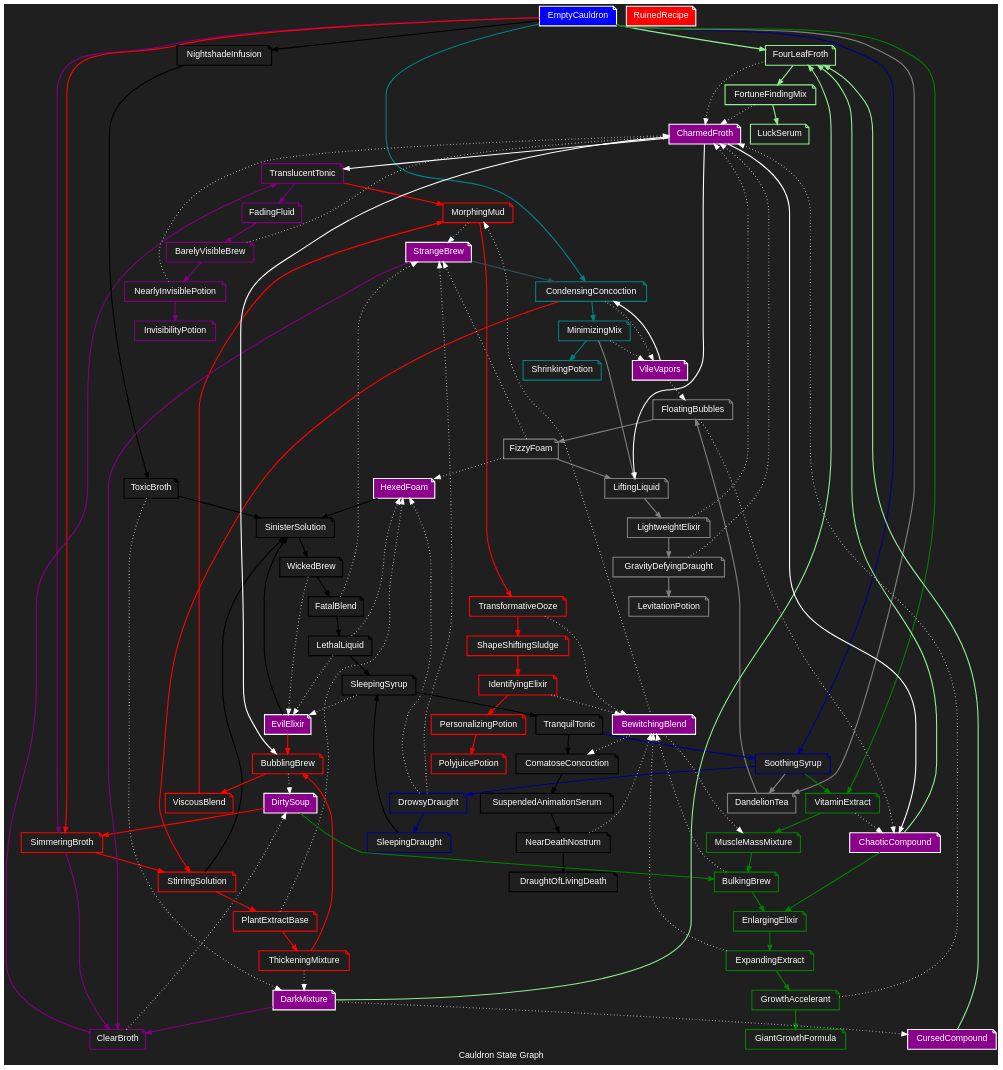
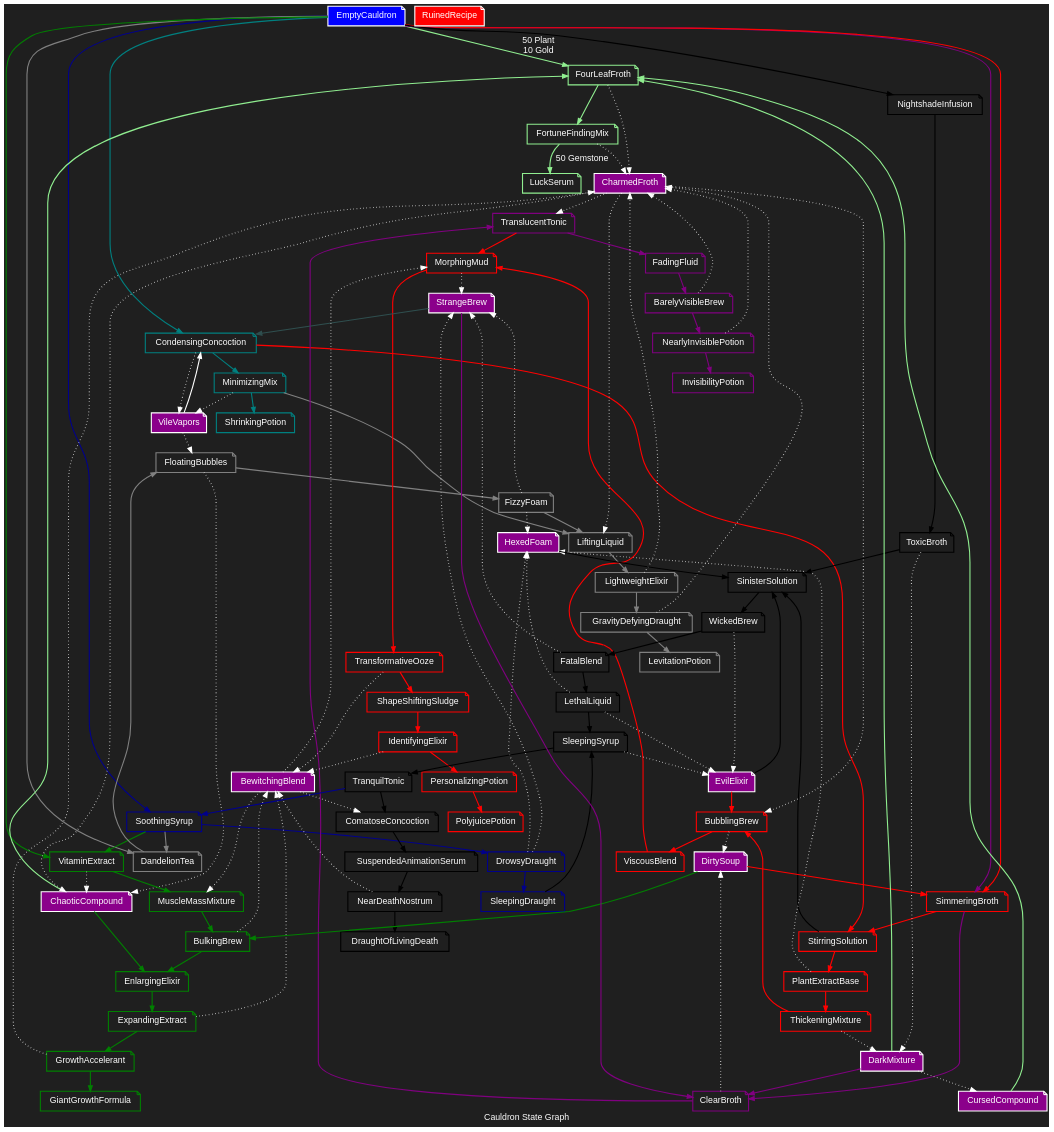
One commit to DrChristophFH/cauldron-chaos changed the diagram in state-graph.dot. Above: the diagram before and after it, drawn with Graphviz. The commit also changed 3 other files, not shown here.

Commit message:
Add material graph

```diff
--- a/state-graph.dot
+++ b/state-graph.dot
@@ -160,9 +160,9 @@
   // VibrantTonic -> EnergyElixir [color = red; label=""];
   
   // Luck Serum
-  EmptyCauldron -> FourLeafFroth [color = lightgreen; label = "";];
+  EmptyCauldron -> FourLeafFroth [color = lightgreen; label = "50 Plant\n10 Gold";];
   FourLeafFroth -> FortuneFindingMix [color = lightgreen; label = "";];
-  FortuneFindingMix -> LuckSerum [color = lightgreen; label = "";];
+  FortuneFindingMix -> LuckSerum [color = lightgreen; label = "50 Gemstone";];
   
   // Shrinking Potion
   EmptyCauldron -> CondensingConcoction [color = teal; label = "";];
@@ -306,41 +306,40 @@
   // Vile Vapors
   CondensingConcoction -> VileVapors [style = dotted; label = "";];
   MinimizingMix -> VileVapors [style = dotted; label = "";];
-
+  
   VileVapors -> FloatingBubbles [style = dotted; label = "";];
   VileVapors -> CondensingConcoction [style = teal; label = "";];
-
+  
   // Evil Elixer
   WickedBrew -> EvilElixir [style = dotted; label = "";];
   LethalLiquid -> EvilElixir [style = dotted; label = "";];
   SleepingSyrup -> EvilElixir [style = dotted; label = "";];
-
+  
   EvilElixir -> SinisterSolution [color = black; label = "";];
   EvilElixir -> BubblingBrew [color = red; label = "";];
-
+  
   // Bewitching Blend
-  TransformativeOoze -> BewitchingBlend[style = dotted; label = "";];
-  NearDeathNostrum -> BewitchingBlend[style = dotted; label = "";];
-  IdentifyingElixir -> BewitchingBlend[style = dotted; label = "";];
-  ExpandingExtract -> BewitchingBlend[style = dotted; label = "";];
-  BulkingBrew -> BewitchingBlend[style = dotted; label = "";];
-
-  BewitchingBlend -> MuscleMassMixture[style = dotted; label = "";];
-  BewitchingBlend -> MorphingMud[style = dotted; label = "";];
-  BewitchingBlend -> ComatoseConcoction[style = dotted; label = "";];
-
-  // Charmed Froth 
-  LightweightElixir -> CharmedFroth[style = dotted; label = "";];
-  GravityDefyingDraught -> CharmedFroth[style = dotted; label = "";];
-  BarelyVisibleBrew -> CharmedFroth[style = dotted; label = "";];
-  NearlyInvisiblePotion -> CharmedFroth[style = dotted; label = "";];
-  FourLeafFroth -> CharmedFroth[style = dotted; label = "";];
-  FortuneFindingMix -> CharmedFroth[style = dotted; label = "";];
-  GrowthAccelerant -> CharmedFroth[style = dotted; label = "";];
-
-  CharmedFroth -> BubblingBrew
-  CharmedFroth -> ChaoticCompound
-  CharmedFroth -> TranslucentTonic
-  CharmedFroth -> LiftingLiquid
-
+  TransformativeOoze -> BewitchingBlend [style = dotted; label = "";];
+  NearDeathNostrum -> BewitchingBlend [style = dotted; label = "";];
+  IdentifyingElixir -> BewitchingBlend [style = dotted; label = "";];
+  ExpandingExtract -> BewitchingBlend [style = dotted; label = "";];
+  BulkingBrew -> BewitchingBlend [style = dotted; label = "";];
+  
+  BewitchingBlend -> MuscleMassMixture [style = dotted; label = "";];
+  BewitchingBlend -> MorphingMud [style = dotted; label = "";];
+  BewitchingBlend -> ComatoseConcoction [style = dotted; label = "";];
+  
+  // Charmed Froth
+  LightweightElixir -> CharmedFroth [style = dotted; label = "";];
+  GravityDefyingDraught -> CharmedFroth [style = dotted; label = "";];
+  BarelyVisibleBrew -> CharmedFroth [style = dotted; label = "";];
+  NearlyInvisiblePotion -> CharmedFroth [style = dotted; label = "";];
+  FourLeafFroth -> CharmedFroth [style = dotted; label = "";];
+  FortuneFindingMix -> CharmedFroth [style = dotted; label = "";];
+  GrowthAccelerant -> CharmedFroth [style = dotted; label = "";];
+  
+  CharmedFroth -> BubblingBrew [style = dotted;];
+  CharmedFroth -> ChaoticCompound [style = dotted;];
+  CharmedFroth -> TranslucentTonic [style = dotted;];
+  CharmedFroth -> LiftingLiquid [style = dotted;];
 }
```
